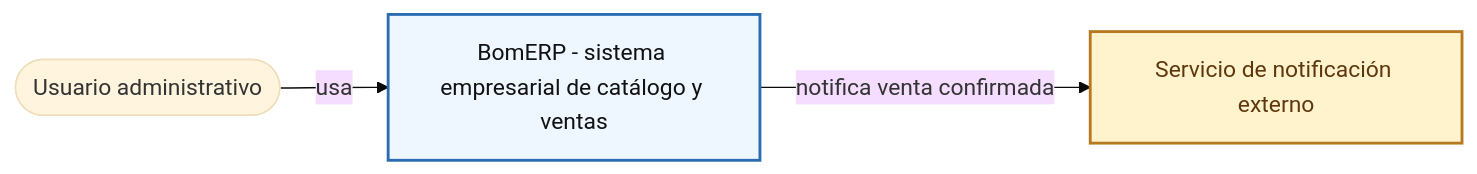
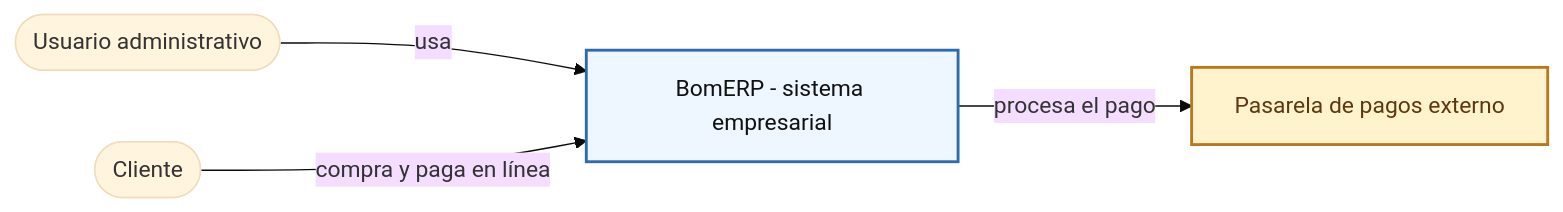
Before and after one commit to 262ciclo4/bomerp: the ninth of 12 diagrams in docs/ads/sesiones/S02_Modelo_C4_Vistas_Arquitectonicas.md, drawn with Mermaid (base theme). The commit also changed other lines of this file and 1 other file, not shown here.

````diff
--- a/docs/ads/sesiones/S02_Modelo_C4_Vistas_Arquitectonicas.md
+++ b/docs/ads/sesiones/S02_Modelo_C4_Vistas_Arquitectonicas.md
@@ -184,14 +434,16 @@
 ```mermaid
 flowchart LR
     Usuario(["Usuario administrativo"])
-    BomERP["BomERP - sistema empresarial de catálogo y ventas"]
-    Notif["Servicio de notificación externo"]
+    Cliente(["Cliente"])
+    BomERP["BomERP - sistema empresarial"]
+    Pagos["Pasarela de pagos externo"]
 
     Usuario -->|"usa"| BomERP
-    BomERP -->|"notifica venta confirmada"| Notif
+    Cliente -->|"compra y paga en línea"| BomERP
+    BomERP -->|"procesa el pago"| Pagos
 
     classDef system fill:#eef6ff,stroke:#2b6cb0,stroke-width:2px,color:#111;
     classDef external fill:#fff3cd,stroke:#b7791f,stroke-width:2px,color:#5f370e;
     class BomERP system;
-    class Notif external;
+    class Pagos external;
 ```
````
